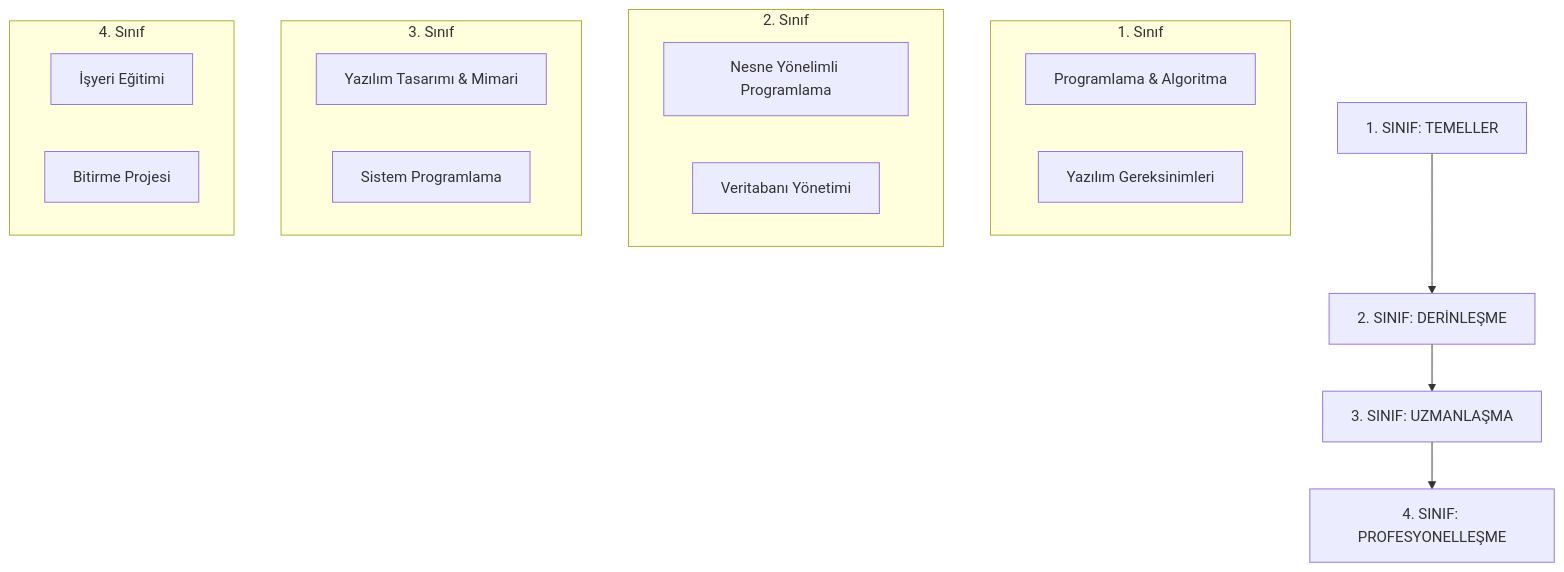
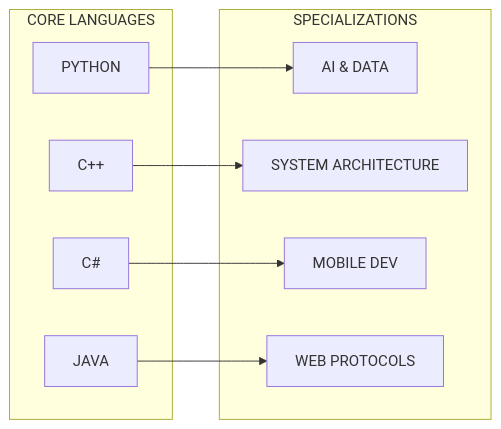
Before and after one commit to bahattinyunus/Karadeniz-Teknik-Universitesi-Yazilim-Muhendisligi-Ders-Notlari: the diagram in README.md, drawn with Mermaid. The commit also changed other lines of this file and 5 other files, not shown here.

````diff
--- a/README.md
+++ b/README.md
@@ -28,26 +52,21 @@
 ```mermaid
-graph TD
-    A[1. SINIF: TEMELLER] --> B[2. SINIF: DERİNLEŞME]
-    B --> C[3. SINIF: UZMANLAŞMA]
-    C --> D[4. SINIF: PROFESYONELLEŞME]
-    
-    subgraph "1. Sınıf"
-    A1[Programlama & Algoritma]
-    A2[Yazılım Gereksinimleri]
+graph LR
+    subgraph "CORE LANGUAGES"
+    L1[C++]
+    L2[C#]
+    L3[JAVA]
+    L4[PYTHON]
     end
     
-    subgraph "2. Sınıf"
-    B1[Nesne Yönelimli Programlama]
-    B2[Veritabanı Yönetimi]
+    subgraph "SPECIALIZATIONS"
+    S1[AI & DATA]
+    S2[SYSTEM ARCHITECTURE]
+    S3[MOBILE DEV]
+    S4[WEB PROTOCOLS]
     end
     
-    subgraph "3. Sınıf"
-    C1[Yazılım Tasarımı & Mimari]
-    C2[Sistem Programlama]
-    end
-    
-    subgraph "4. Sınıf"
-    D1[İşyeri Eğitimi]
-    D2[Bitirme Projesi]
-    end
+    L1 --> S2
+    L2 --> S3
+    L3 --> S4
+    L4 --> S1
 ```
````
